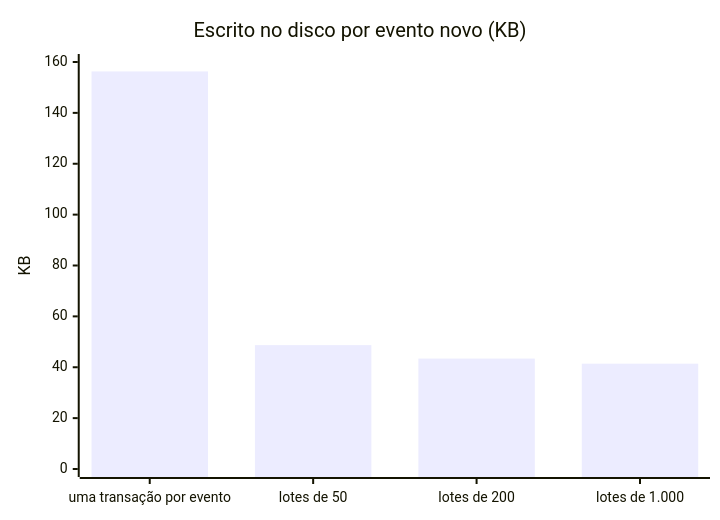
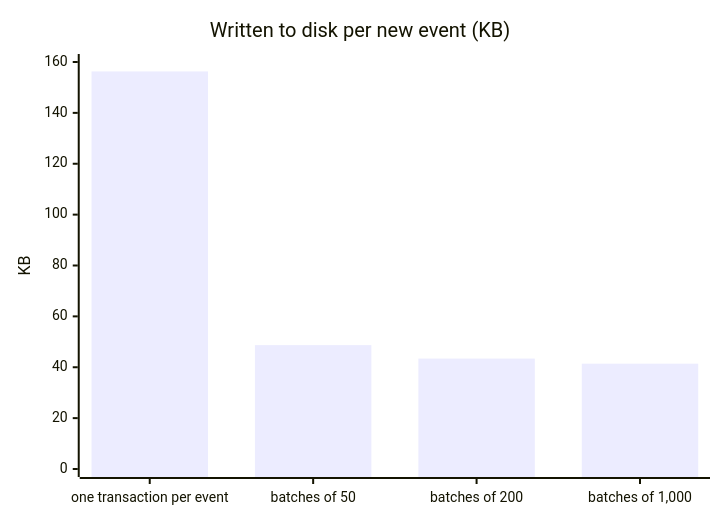
One commit to Chipskein/cade changed the fifth of 8 diagrams in docs/BENCHMARKS.md. Above: the diagram before and after it, drawn with Mermaid. The commit also changed other lines of this file and 6 other files, not shown here.

````diff
--- a/docs/BENCHMARKS.md
+++ b/docs/BENCHMARKS.md
@@ -288,7 +288,7 @@
 ```mermaid
 xychart-beta
-  title "Escrito no disco por evento novo (KB)"
-  x-axis ["uma transação por evento", "lotes de 50", "lotes de 200", "lotes de 1.000"]
+  title "Written to disk per new event (KB)"
+  x-axis ["one transaction per event", "batches of 50", "batches of 200", "batches of 1,000"]
   y-axis "KB" 0 --> 160
   bar [156.3, 48.7, 43.4, 41.4]
 ```
````
